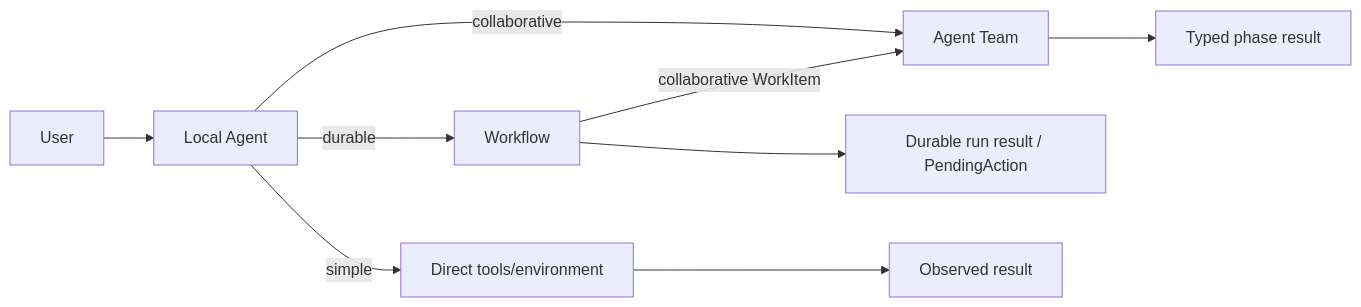
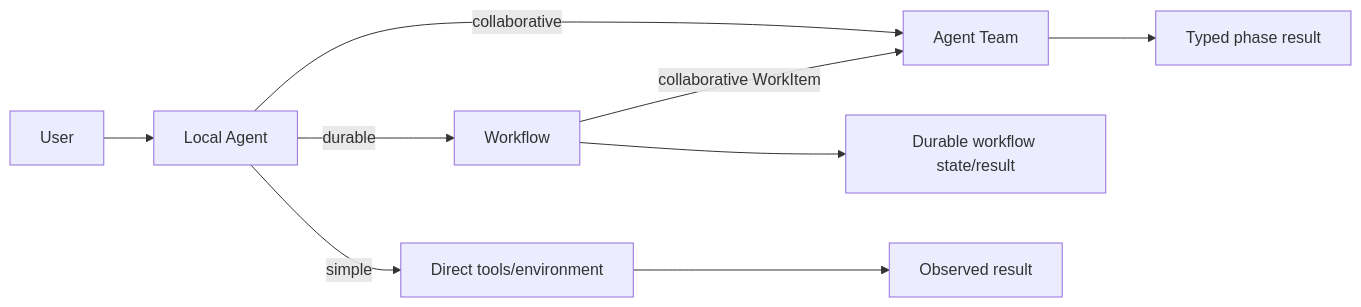
Before and after one commit to tsuuanmi/AgentOS: the first of 5 diagrams in docs/architecture/interaction-model.md, drawn with Mermaid. The commit also changed other lines of this file, not shown here.

```diff
--- a/docs/architecture/interaction-model.md
+++ b/docs/architecture/interaction-model.md
@@ -10,13 +10,13 @@
 ~~~mermaid
 flowchart LR
     U[User] --> L[Local Agent]
 
     L -->|simple| D[Direct tools/environment]
     L -->|collaborative| T[Agent Team]
     L -->|durable| W[Workflow]
     W -->|collaborative WorkItem| T
 
     T --> TR[Typed phase result]
-    W --> WR[Durable run result / PendingAction]
+    W --> WR[Durable workflow state/result]
     D --> DR[Observed result]
 ~~~
```
